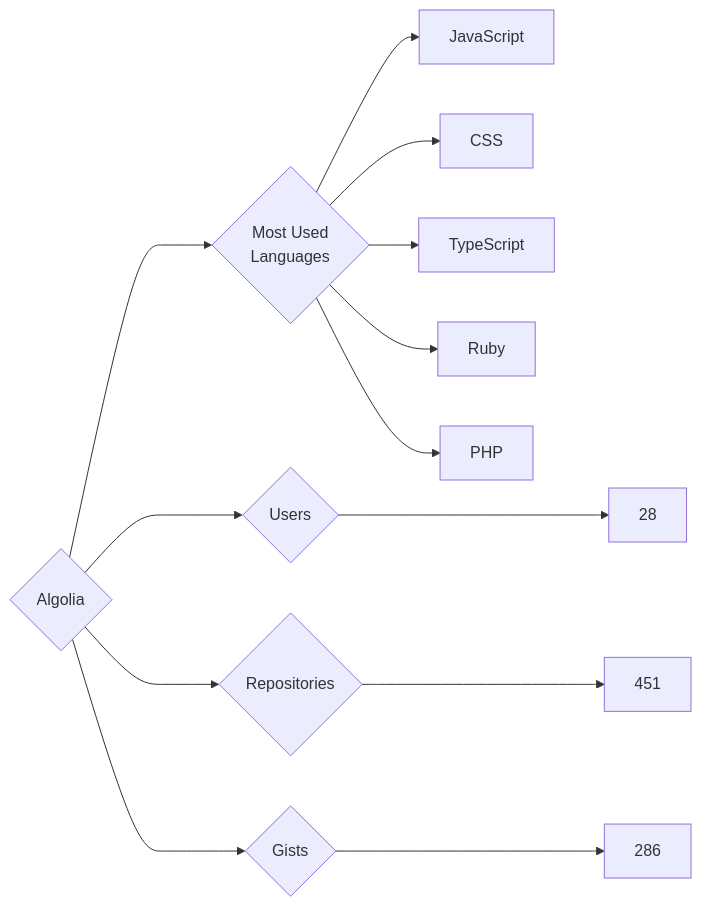
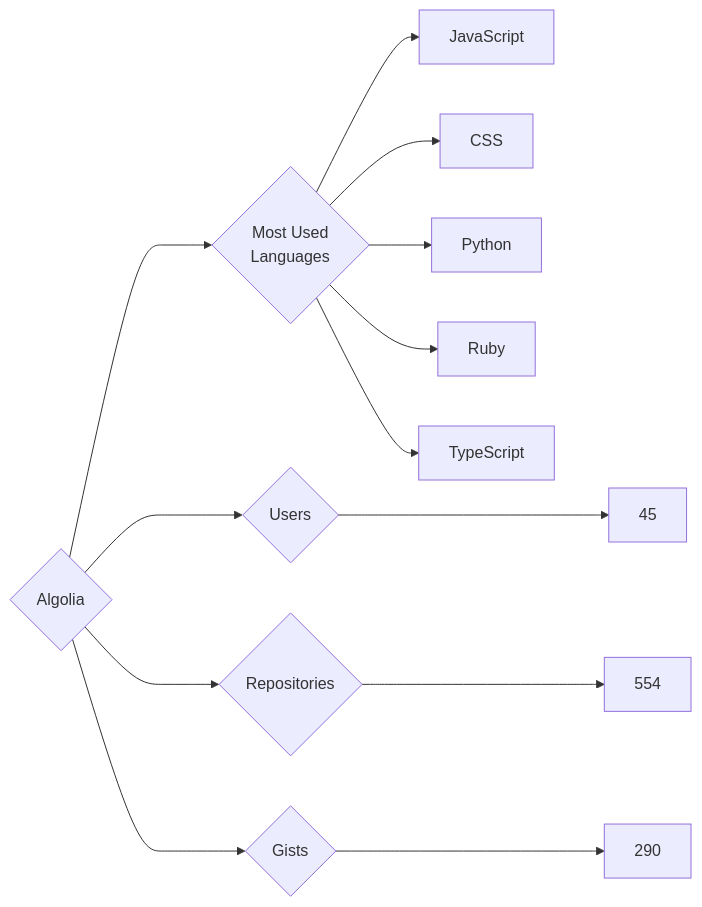
The diagram in targets/Algolia/README.md (trickest/insiders), drawn with Mermaid before and after one commit. The commit also changed 775 other files, not shown here.

````diff
--- a/targets/Algolia/README.md
+++ b/targets/Algolia/README.md
@@ -3,13 +3,13 @@
 ```mermaid
 graph LR
 COMPANY_NAME{Algolia}
-COMPANY_NAME ---> U{Users} ---> UN[28]
-COMPANY_NAME ---> R{Repositories} ---> RN[451]
-COMPANY_NAME ---> G{Gists} ---> GN[286]
+COMPANY_NAME ---> U{Users} ---> UN[45]
+COMPANY_NAME ---> R{Repositories} ---> RN[554]
+COMPANY_NAME ---> G{Gists} ---> GN[290]
 COMPANY_NAME ---> ML{Most Used<br>Languages}
 ML --> JavaScript[JavaScript]
 ML --> CSS[CSS]
+ML --> Python[Python]
+ML --> Ruby[Ruby]
 ML --> TypeScript[TypeScript]
-ML --> Ruby[Ruby]
-ML --> PHP[PHP]
 ```
````
